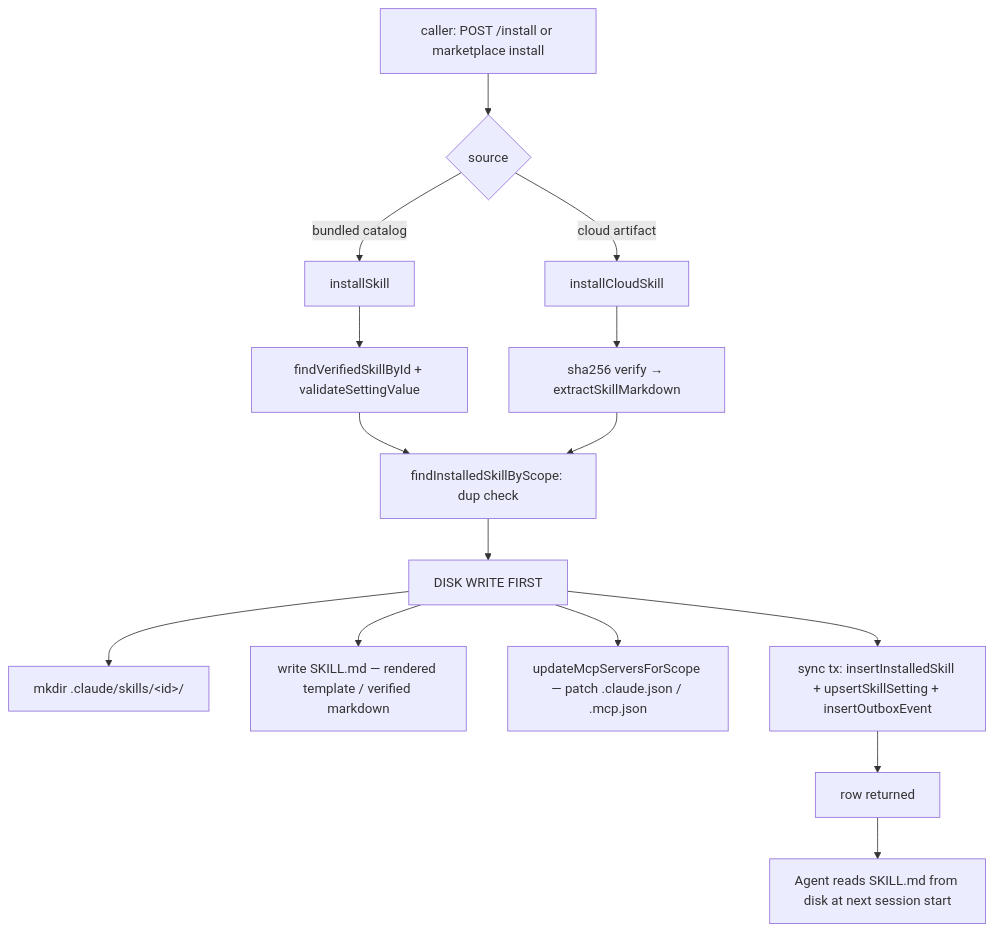
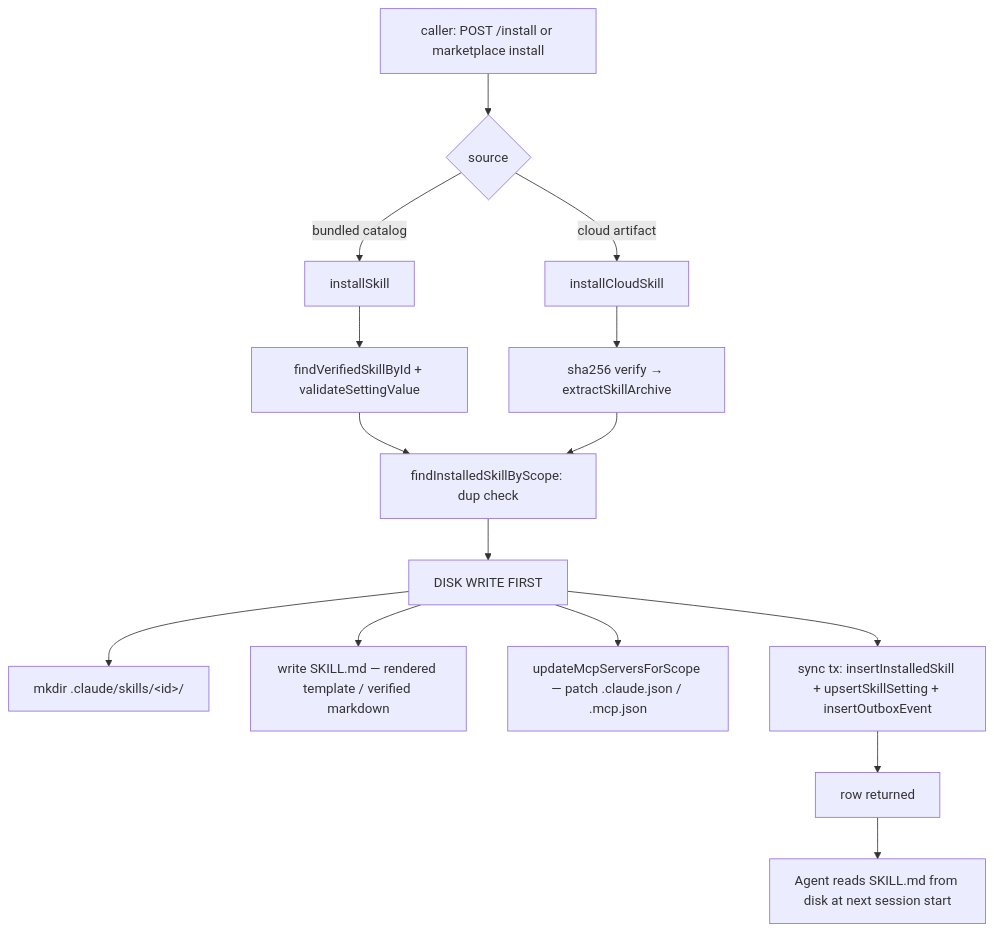
Before and after one commit to chadnicely/Vynel-Demo: the first of 2 diagrams in .claude/docs/skills/structure.md, drawn with Mermaid. The commit also changed other lines of this file and 13 other files, not shown here.

````diff
--- a/.claude/docs/skills/structure.md
+++ b/.claude/docs/skills/structure.md
@@ -184,17 +184,17 @@
 ```mermaid
 flowchart TD
     A[caller: POST /install or marketplace install] --> B{source}
     B -- bundled catalog --> C[installSkill]
     B -- cloud artifact --> D[installCloudSkill]
     C --> C1[findVerifiedSkillById + validateSettingValue]
-    D --> D1[sha256 verify → extractSkillMarkdown]
+    D --> D1[sha256 verify → extractSkillArchive]
     C1 --> E[findInstalledSkillByScope: dup check]
     D1 --> E
     E --> F[DISK WRITE FIRST]
     F --> F1["mkdir .claude/skills/&lt;id&gt;/"]
     F --> F2[write SKILL.md — rendered template / verified markdown]
     F --> F3["updateMcpServersForScope — patch .claude.json / .mcp.json"]
     F --> G[sync tx: insertInstalledSkill + upsertSkillSetting + insertOutboxEvent]
     G --> H[row returned]
     H --> I[Agent reads SKILL.md from disk at next session start]
 ```
````
